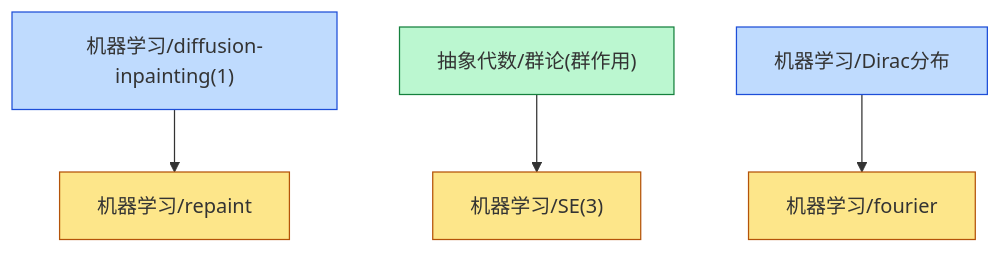
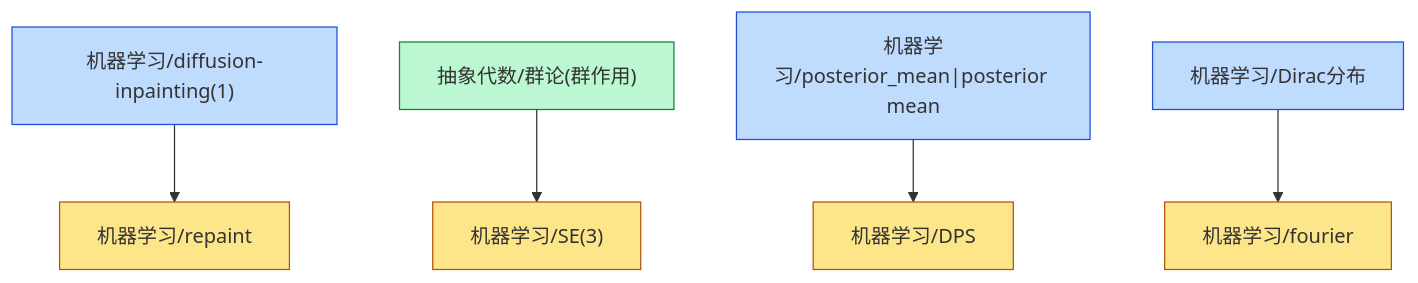
One commit to zeroDtree/zeroDtree.github.io changed the diagram in content/机器学习/dependency_graph.md. Above: the diagram before and after it, drawn with Mermaid. The commit also changed 2 other files, not shown here.

Commit message:
Update DPS documentation to include comprehensive details on Diffusion Posterior Sampling, covering the setup, posterior score, integral approximations, likelihood score, and sampling methods. Enhanced clarity with mathematical formulations and added prerequisite links for better understanding.

````diff
--- a/content/机器学习/dependency_graph.md
+++ b/content/机器学习/dependency_graph.md
@@ -1,12 +1,13 @@
 ```mermaid
 graph TD
 1["机器学习/diffusion-inpainting(1)"] --> 0["机器学习/repaint"]
 3["抽象代数/群论(群作用)"] --> 2["机器学习/SE(3)"]
-5["机器学习/Dirac分布"] --> 4["机器学习/fourier"]
+5["机器学习/posterior_mean|posterior mean"] --> 4["机器学习/DPS"]
+7["机器学习/Dirac分布"] --> 6["机器学习/fourier"]
 classDef leaf fill:#fde68a,stroke:#b45309
-class 0,2,4 leaf
+class 0,2,4,6 leaf
 classDef root fill:#bfdbfe,stroke:#1d4ed8
-class 1,5 root
+class 1,5,7 root
 classDef foundationRoot fill:#bbf7d0,stroke:#15803d
 class 3 foundationRoot
 ```
````
